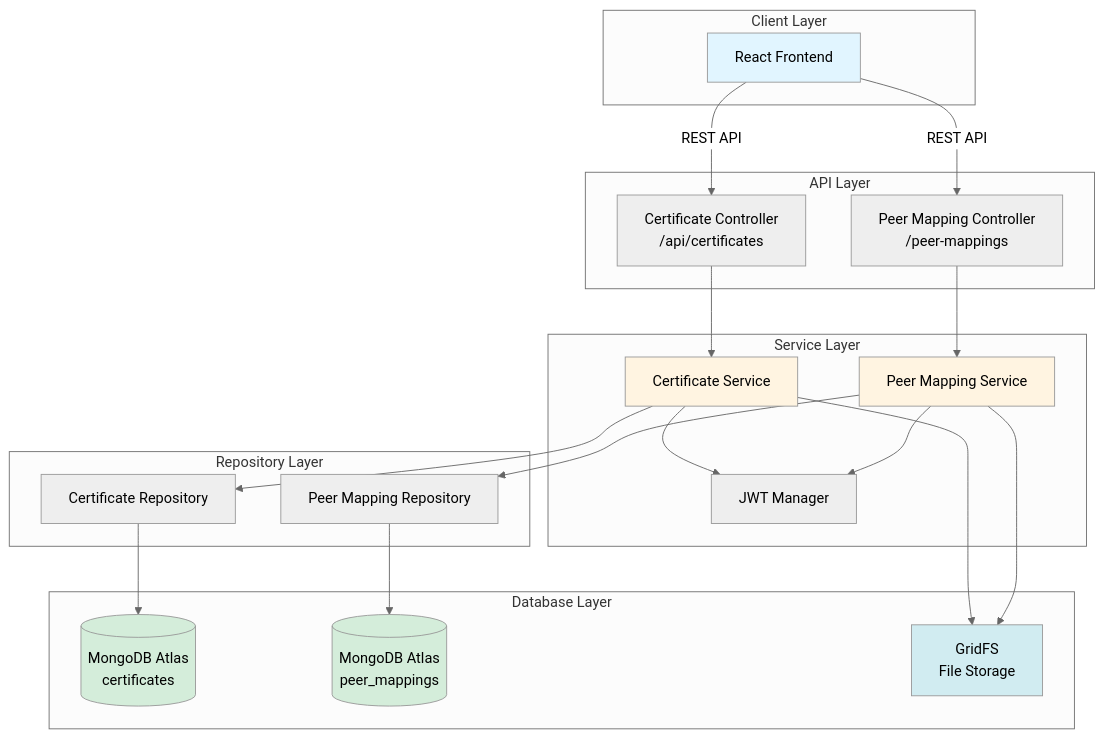
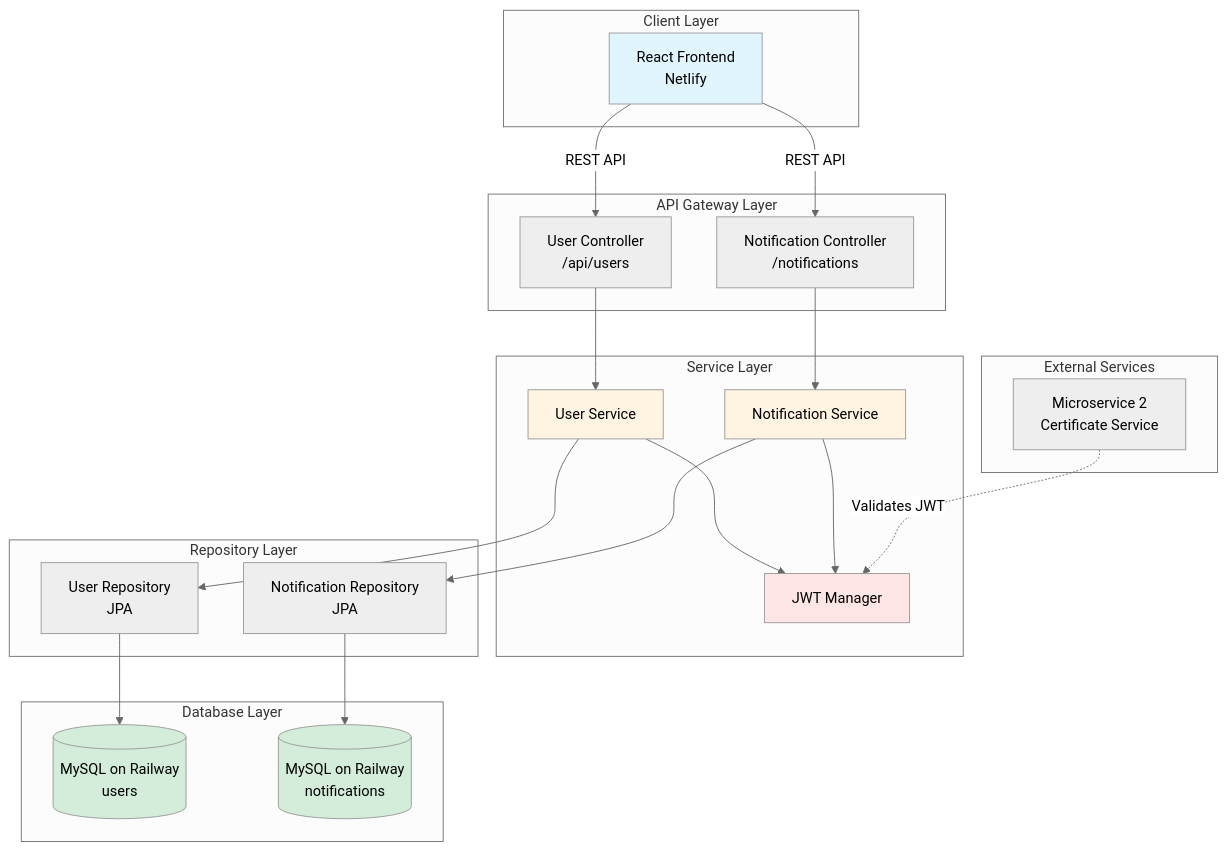
Before and after one commit to saimahendra282/Microservice1: the first of 6 diagrams in README.md, drawn with Mermaid (neutral theme). The commit also changed other lines of this file, not shown here.

````diff
--- a/README.md
+++ b/README.md
@@ -48,48 +48,50 @@
 ```mermaid
 graph TB
     subgraph "Client Layer"
-        A[React Frontend]
+        A[React Frontend<br/>Netlify]
     end
     
-    subgraph "API Layer"
-        B[Certificate Controller<br/>/api/certificates]
-        C[Peer Mapping Controller<br/>/peer-mappings]
+    subgraph "API Gateway Layer"
+        B[User Controller<br/>/api/users]
+        C[Notification Controller<br/>/notifications]
     end
     
     subgraph "Service Layer"
-        D[Certificate Service]
-        E[Peer Mapping Service]
+        D[User Service]
+        E[Notification Service]
         F[JWT Manager]
     end
     
     subgraph "Repository Layer"
-        G[Certificate Repository]
-        H[Peer Mapping Repository]
+        G[User Repository<br/>JPA]
+        H[Notification Repository<br/>JPA]
     end
     
     subgraph "Database Layer"
-        I[(MongoDB Atlas<br/>certificates)]
-        J[(MongoDB Atlas<br/>peer_mappings)]
-        K[GridFS<br/>File Storage]
+        I[(MySQL on Railway<br/>users)]
+        J[(MySQL on Railway<br/>notifications)]
+    end
+    
+    subgraph "External Services"
+        K[Microservice 2<br/>Certificate Service]
     end
     
     A -->|REST API| B
     A -->|REST API| C
     B --> D
     C --> E
     D --> F
     E --> F
     D --> G
     E --> H
     G --> I
     H --> J
-    D --> K
-    E --> K
+    K -.->|Validates JWT| F
     
     style A fill:#e1f5ff
     style D fill:#fff4e1
     style E fill:#fff4e1
+    style F fill:#ffe6e6
     style I fill:#d4edda
     style J fill:#d4edda
-    style K fill:#d1ecf1
 ```
````
